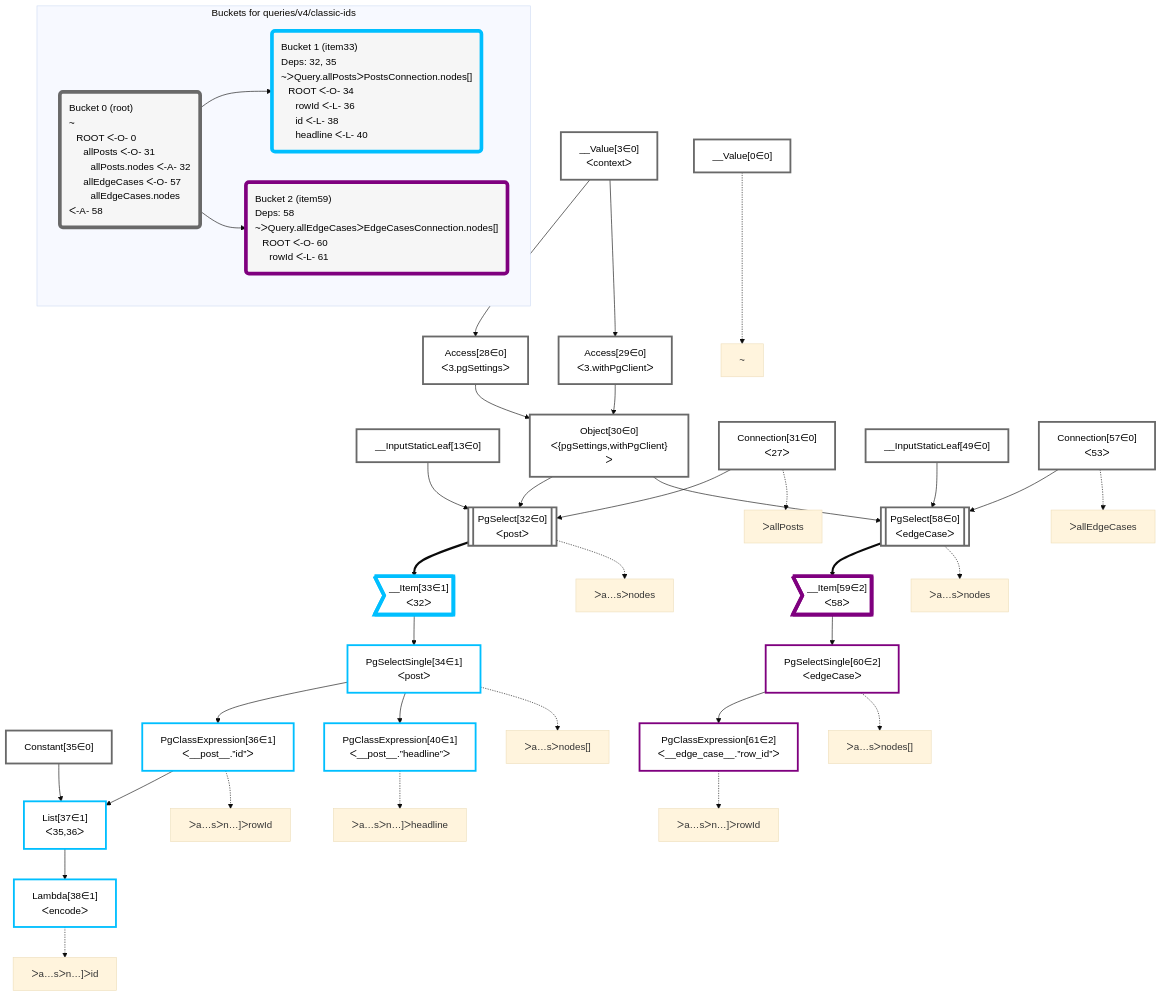
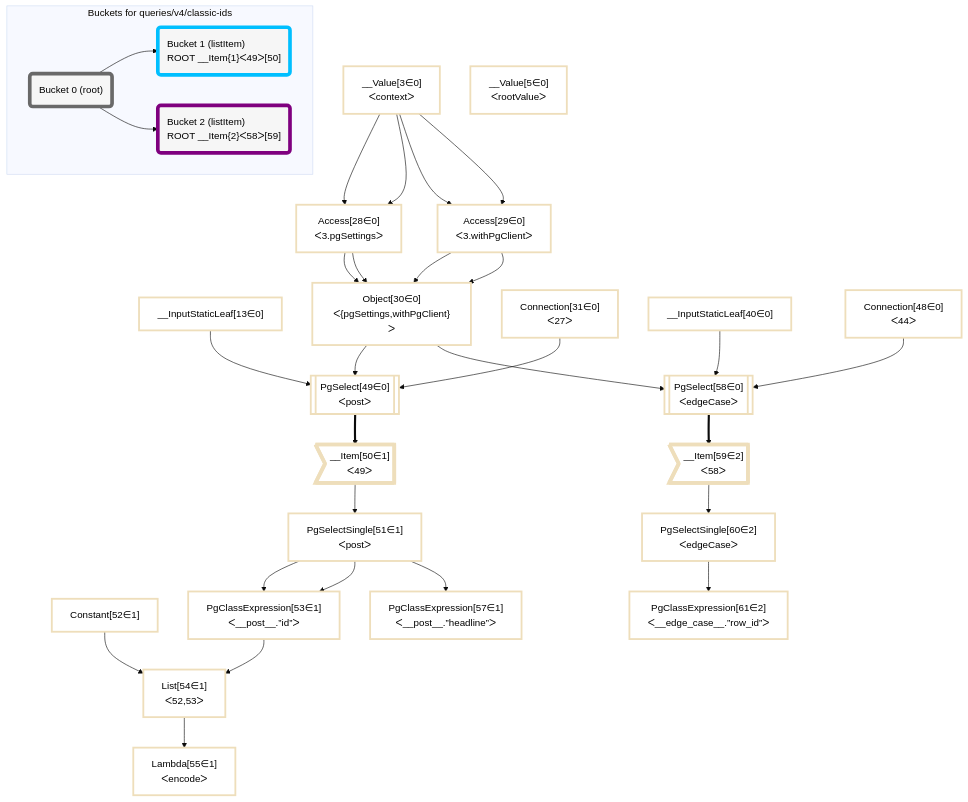
The diagram in packages/postgraphile/__tests__/queries/v4/classic-ids.mermaid (graphile/crystal), drawn with Mermaid (base theme) before and after one commit. The commit also changed 2 other files, not shown here.

Commit message:
Update plan snapshots

```diff
--- a/packages/postgraphile/__tests__/queries/v4/classic-ids.mermaid
+++ b/packages/postgraphile/__tests__/queries/v4/classic-ids.mermaid
@@ -1,83 +1,65 @@
 graph TD
     classDef path fill:#eee,stroke:#000,color:#000
     classDef plan fill:#fff,stroke-width:3px,color:#000
     classDef itemplan fill:#fff,stroke-width:6px,color:#000
     classDef sideeffectplan fill:#f00,stroke-width:6px,color:#000
     classDef bucket fill:#f6f6f6,color:#000,stroke-width:6px,text-align:left
 
 
-    %% define plans
-    __Value0["__Value[0∈0]"]:::plan
+    %% define steps
     __Value3["__Value[3∈0]<br />ᐸcontextᐳ"]:::plan
+    __Value5["__Value[5∈0]<br />ᐸrootValueᐳ"]:::plan
     __InputStaticLeaf13["__InputStaticLeaf[13∈0]"]:::plan
     Access28["Access[28∈0]<br />ᐸ3.pgSettingsᐳ"]:::plan
     Access29["Access[29∈0]<br />ᐸ3.withPgClientᐳ"]:::plan
     Object30["Object[30∈0]<br />ᐸ{pgSettings,withPgClient}ᐳ"]:::plan
     Connection31["Connection[31∈0]<br />ᐸ27ᐳ"]:::plan
-    PgSelect32[["PgSelect[32∈0]<br />ᐸpostᐳ"]]:::plan
-    __Item33>"__Item[33∈1]<br />ᐸ32ᐳ"]:::itemplan
-    PgSelectSingle34["PgSelectSingle[34∈1]<br />ᐸpostᐳ"]:::plan
-    Constant35["Constant[35∈0]"]:::plan
-    PgClassExpression36["PgClassExpression[36∈1]<br />ᐸ__post__.”id”ᐳ"]:::plan
-    List37["List[37∈1]<br />ᐸ35,36ᐳ"]:::plan
-    Lambda38["Lambda[38∈1]<br />ᐸencodeᐳ"]:::plan
-    PgClassExpression40["PgClassExpression[40∈1]<br />ᐸ__post__.”headline”ᐳ"]:::plan
-    __InputStaticLeaf49["__InputStaticLeaf[49∈0]"]:::plan
-    Connection57["Connection[57∈0]<br />ᐸ53ᐳ"]:::plan
+    __InputStaticLeaf40["__InputStaticLeaf[40∈0]"]:::plan
+    Connection48["Connection[48∈0]<br />ᐸ44ᐳ"]:::plan
+    PgSelect49[["PgSelect[49∈0]<br />ᐸpostᐳ"]]:::plan
+    __Item50>"__Item[50∈1]<br />ᐸ49ᐳ"]:::itemplan
+    PgSelectSingle51["PgSelectSingle[51∈1]<br />ᐸpostᐳ"]:::plan
+    Constant52["Constant[52∈1]"]:::plan
+    PgClassExpression53["PgClassExpression[53∈1]<br />ᐸ__post__.”id”ᐳ"]:::plan
+    List54["List[54∈1]<br />ᐸ52,53ᐳ"]:::plan
+    Lambda55["Lambda[55∈1]<br />ᐸencodeᐳ"]:::plan
+    PgClassExpression57["PgClassExpression[57∈1]<br />ᐸ__post__.”headline”ᐳ"]:::plan
     PgSelect58[["PgSelect[58∈0]<br />ᐸedgeCaseᐳ"]]:::plan
     __Item59>"__Item[59∈2]<br />ᐸ58ᐳ"]:::itemplan
     PgSelectSingle60["PgSelectSingle[60∈2]<br />ᐸedgeCaseᐳ"]:::plan
     PgClassExpression61["PgClassExpression[61∈2]<br />ᐸ__edge_case__.”row_id”ᐳ"]:::plan
 
     %% plan dependencies
     __Value3 --> Access28
+    __Value3 --> Access28
+    __Value3 --> Access29
     __Value3 --> Access29
     Access28 & Access29 --> Object30
-    Object30 & __InputStaticLeaf13 & Connection31 --> PgSelect32
-    PgSelect32 ==> __Item33
-    __Item33 --> PgSelectSingle34
-    PgSelectSingle34 --> PgClassExpression36
-    Constant35 & PgClassExpression36 --> List37
-    List37 --> Lambda38
-    PgSelectSingle34 --> PgClassExpression40
-    Object30 & __InputStaticLeaf49 & Connection57 --> PgSelect58
+    Access28 & Access29 --> Object30
+    Object30 & __InputStaticLeaf13 & Connection31 --> PgSelect49
+    PgSelect49 ==> __Item50
+    __Item50 --> PgSelectSingle51
+    PgSelectSingle51 --> PgClassExpression53
+    PgSelectSingle51 --> PgClassExpression53
+    Constant52 & PgClassExpression53 --> List54
+    List54 --> Lambda55
+    PgSelectSingle51 --> PgClassExpression57
+    Object30 & __InputStaticLeaf40 & Connection48 --> PgSelect58
     PgSelect58 ==> __Item59
     __Item59 --> PgSelectSingle60
     PgSelectSingle60 --> PgClassExpression61
 
     %% plan-to-path relationships
-    P0["~"]
-    __Value0 -.-> P0
-    P31["ᐳallPosts"]
-    Connection31 -.-> P31
-    P32["ᐳa…sᐳnodes"]
-    PgSelect32 -.-> P32
-    P34["ᐳa…sᐳnodes[]"]
-    PgSelectSingle34 -.-> P34
-    P36["ᐳa…sᐳn…]ᐳrowId"]
-    PgClassExpression36 -.-> P36
-    P38["ᐳa…sᐳn…]ᐳid"]
-    Lambda38 -.-> P38
-    P40["ᐳa…sᐳn…]ᐳheadline"]
-    PgClassExpression40 -.-> P40
-    P57["ᐳallEdgeCases"]
-    Connection57 -.-> P57
-    P58["ᐳa…sᐳnodes"]
-    PgSelect58 -.-> P58
-    P60["ᐳa…sᐳnodes[]"]
-    PgSelectSingle60 -.-> P60
-    P61["ᐳa…sᐳn…]ᐳrowId"]
-    PgClassExpression61 -.-> P61
 
     subgraph "Buckets for queries/v4/classic-ids"
-    Bucket0("Bucket 0 (root)<br />~<br />⠀ROOT ᐸ-O- 0<br />⠀⠀allPosts ᐸ-O- 31<br />⠀⠀⠀allPosts.nodes ᐸ-A- 32<br />⠀⠀allEdgeCases ᐸ-O- 57<br />⠀⠀⠀allEdgeCases.nodes ᐸ-A- 58"):::bucket
+    Bucket0("Bucket 0 (root)"):::bucket
     classDef bucket0 stroke:#696969
-    class Bucket0,__Value0,__Value3,__InputStaticLeaf13,Access28,Access29,Object30,Connection31,PgSelect32,Constant35,__InputStaticLeaf49,Connection57,PgSelect58 bucket0
-    Bucket1("Bucket 1 (item33)<br />Deps: 32, 35<br />~ᐳQuery.allPostsᐳPostsConnection.nodes[]<br />⠀ROOT ᐸ-O- 34<br />⠀⠀rowId ᐸ-L- 36<br />⠀⠀id ᐸ-L- 38<br />⠀⠀headline ᐸ-L- 40"):::bucket
+    class Bucket0 bucket0
+    Bucket1("Bucket 1 (listItem)<br />ROOT __Item{1}ᐸ49ᐳ[50]"):::bucket
     classDef bucket1 stroke:#00bfff
-    class Bucket1,__Item33,PgSelectSingle34,PgClassExpression36,List37,Lambda38,PgClassExpression40 bucket1
-    Bucket2("Bucket 2 (item59)<br />Deps: 58<br />~ᐳQuery.allEdgeCasesᐳEdgeCasesConnection.nodes[]<br />⠀ROOT ᐸ-O- 60<br />⠀⠀rowId ᐸ-L- 61"):::bucket
+    class Bucket1 bucket1
+    Bucket2("Bucket 2 (listItem)<br />ROOT __Item{2}ᐸ58ᐳ[59]"):::bucket
     classDef bucket2 stroke:#7f007f
-    class Bucket2,__Item59,PgSelectSingle60,PgClassExpression61 bucket2
+    class Bucket2 bucket2
     Bucket0 --> Bucket1 & Bucket2
     end
```
